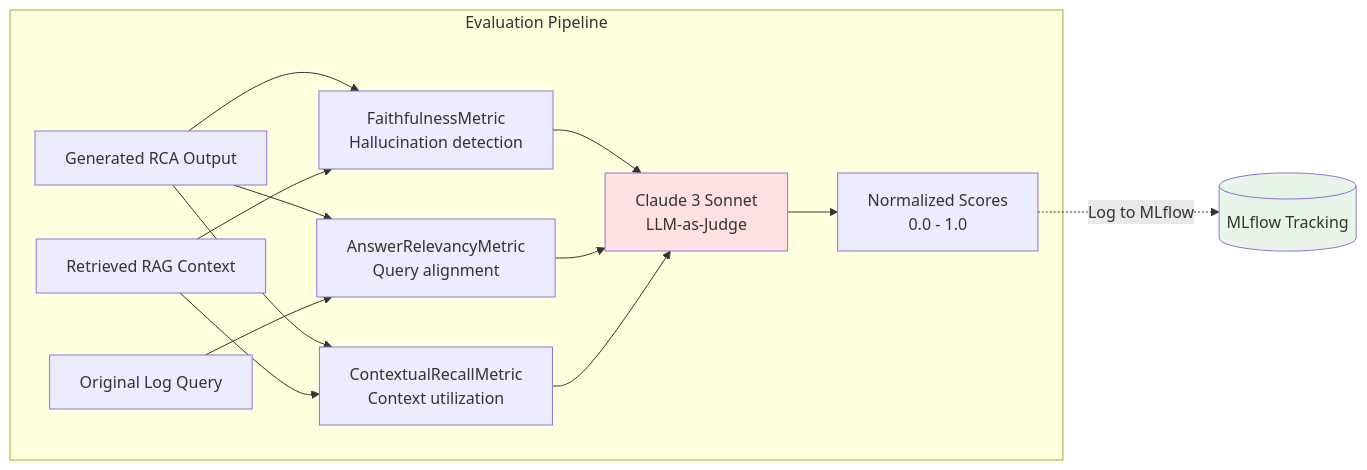
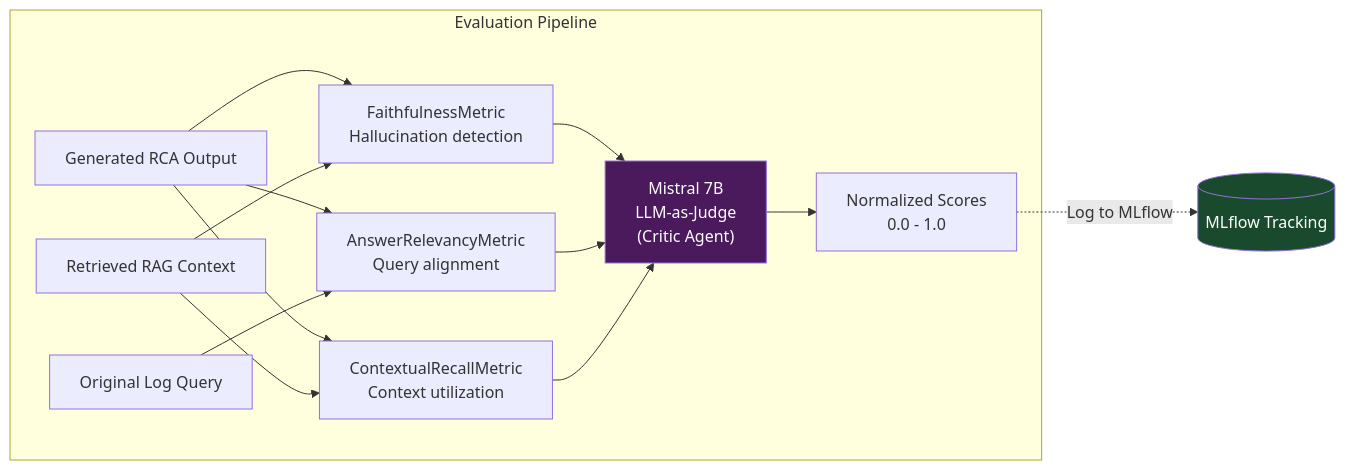
One commit to nasim-raj-laskar/InfraMind changed diagram 12 of 16 in README.md. Above: the diagram before and after it, drawn with Mermaid. The commit also changed other lines of this file and 1 other file, not shown here.

````diff
--- a/README.md
+++ b/README.md
@@ -782,32 +758,32 @@
 ```mermaid
 graph LR
     subgraph "Evaluation Pipeline"
         RCA["Generated RCA Output"]
         CONTEXT["Retrieved RAG Context"]
         QUERY["Original Log Query"]
         
         EVAL1["FaithfulnessMetric<br/>Hallucination detection"]
         EVAL2["AnswerRelevancyMetric<br/>Query alignment"]
         EVAL3["ContextualRecallMetric<br/>Context utilization"]
         
-        JUDGE["Claude 3 Sonnet<br/>LLM-as-Judge"]
+        JUDGE["Mistral 7B<br/>LLM-as-Judge<br/>(Critic Agent)"]
         SCORES["Normalized Scores<br/>0.0 - 1.0"]
     end
     
     RCA --> EVAL1
     CONTEXT --> EVAL1
     RCA --> EVAL2
     QUERY --> EVAL2
     RCA --> EVAL3
     CONTEXT --> EVAL3
     
     EVAL1 --> JUDGE
     EVAL2 --> JUDGE
     EVAL3 --> JUDGE
     
     JUDGE --> SCORES
     SCORES -."Log to MLflow".-> MLFLOW[("MLflow Tracking")]
     
-    style JUDGE fill:#ffe1e1
-    style MLFLOW fill:#e8f5e9
+    style JUDGE fill:#4a1a5c,color:#fff
+    style MLFLOW fill:#1a4a2e,color:#fff
 ```
````
